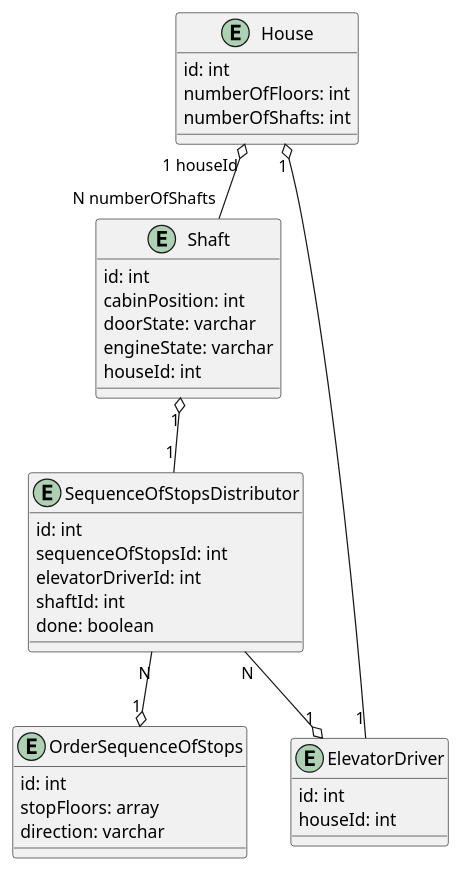
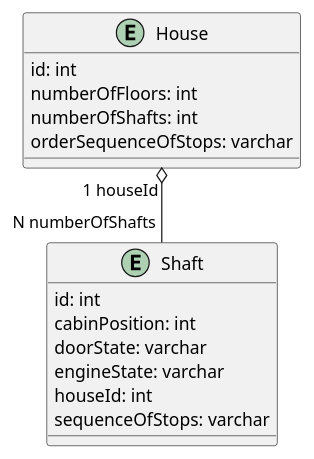
Before and after one commit to WhiteSnakeE/ElevatorDriver: the diagram in src/documentation/database/schema.puml, drawn with PlantUML.

Commit message:
add sequence of stops with json solution

```diff
--- a/src/documentation/database/schema.puml
+++ b/src/documentation/database/schema.puml
@@ -1,46 +1,21 @@
 @startuml
 
 entity House {
 id: int
 numberOfFloors: int
 numberOfShafts: int
+orderSequenceOfStops: varchar
 }
 
 entity Shaft {
 id: int
 cabinPosition: int
 doorState: varchar
 engineState: varchar
 houseId: int
+sequenceOfStops: varchar
 }
 
 House "1 houseId" o-- "N numberOfShafts" Shaft
 
-entity OrderSequenceOfStops {
-id: int
-stopFloors: array
-direction: varchar
-}
-
-entity ElevatorDriver {
-id: int
-houseId: int
-}
-
-entity SequenceOfStopsDistributor {
-id: int
-sequenceOfStopsId: int
-elevatorDriverId: int
-shaftId: int
-done: boolean
-}
-
-House "1" o-- "1" ElevatorDriver
-
-SequenceOfStopsDistributor "N" --o "1" ElevatorDriver
-
-SequenceOfStopsDistributor "N" --o "1" OrderSequenceOfStops
-
-Shaft "1" o-- "1" SequenceOfStopsDistributor
-
 @enduml
```
